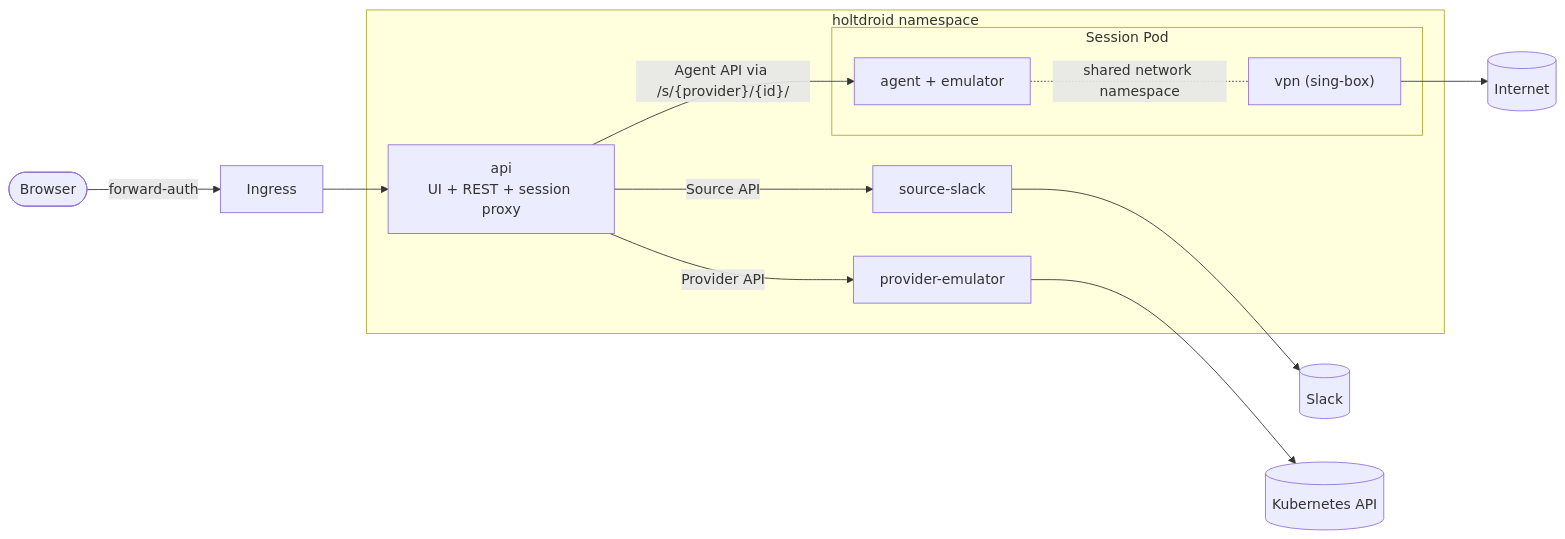
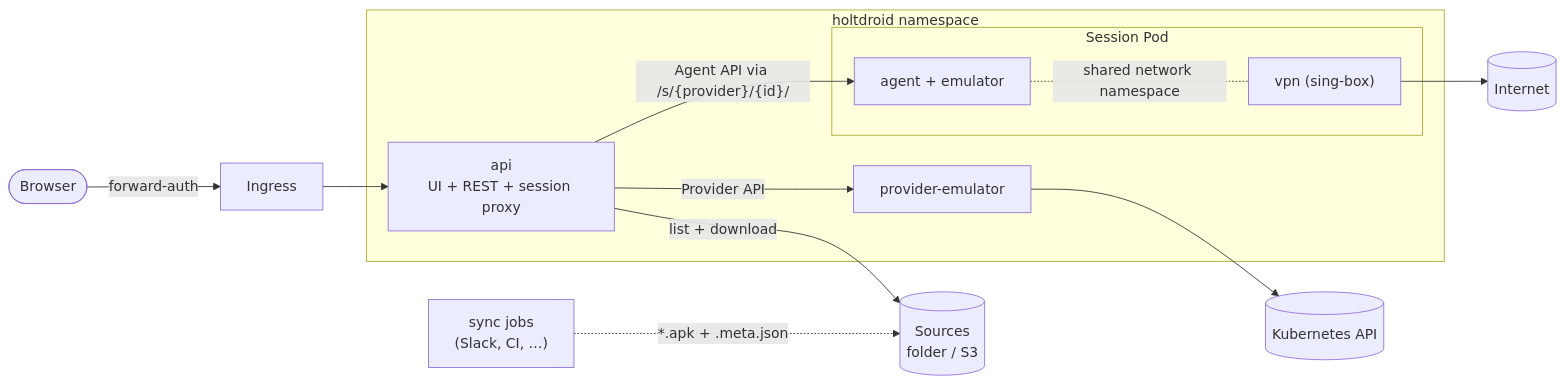
Before and after one commit to holtdroid/holtdroid: the first of 2 diagrams in docs/src/content/docs/concepts/architecture.md, drawn with Mermaid. The commit also changed other lines of this file and 55 other files, not shown here.

Commit message:
feat(api): folder and s3 sources with meta sidecars, change tracking and user uploads

````diff
--- a/docs/src/content/docs/concepts/architecture.md
+++ b/docs/src/content/docs/concepts/architecture.md
@@ -12,23 +12,22 @@
 ```mermaid
 flowchart LR
   user([Browser]) -->|forward-auth| ingress[Ingress]
   ingress --> api
 
   subgraph ns[holtdroid namespace]
     api["api<br/>UI + REST + session proxy"]
-    src["source-slack"]
     prov["provider-emulator"]
     subgraph session["Session Pod"]
       agent["agent + emulator"]
       vpn["vpn (sing-box)"]
     end
   end
 
-  api -- Source API --> src
+  api -- "list + download" --> sources[("Sources<br/>folder / S3")]
+  sync["sync jobs<br/>(Slack, CI, …)"] -. "*.apk + .meta.json" .-> sources
   api -- Provider API --> prov
   api -- "Agent API via /s/{provider}/{id}/" --> agent
-  src --> slack[(Slack)]
   prov --> k8s[(Kubernetes API)]
   agent -. shared network namespace .- vpn
   vpn --> internet[(Internet)]
 ```
````
